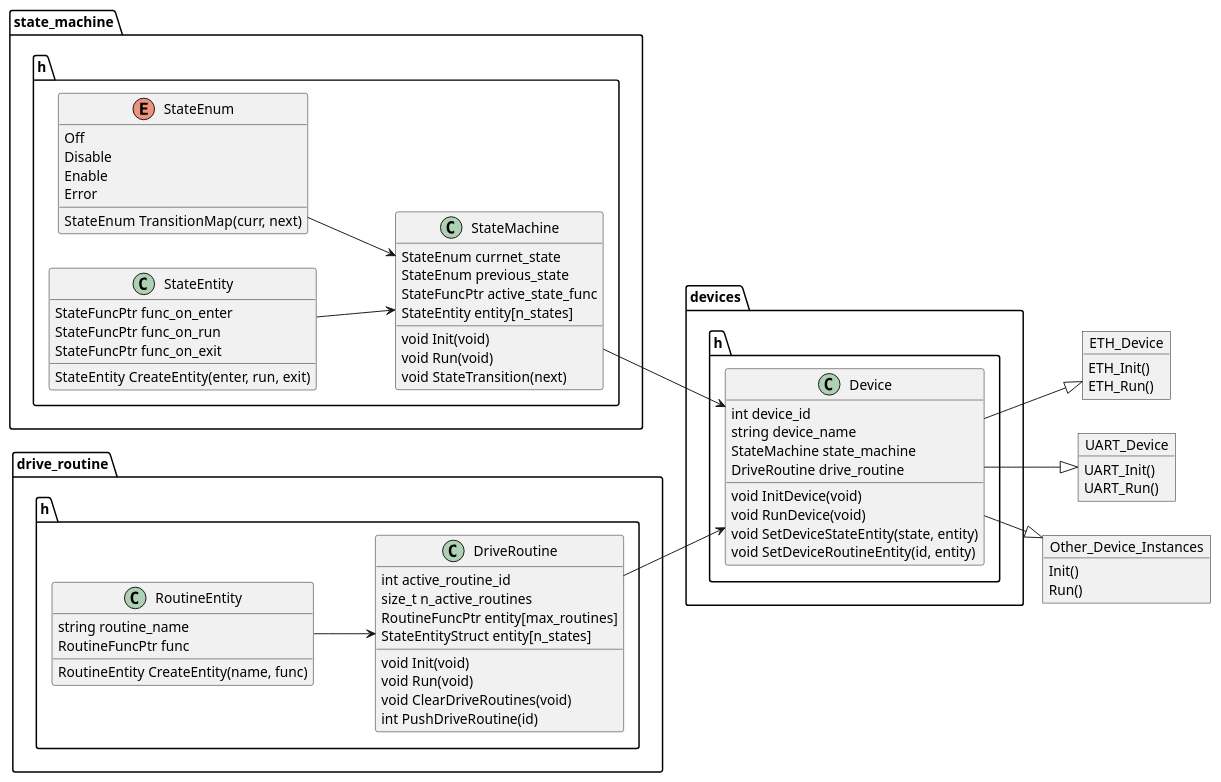
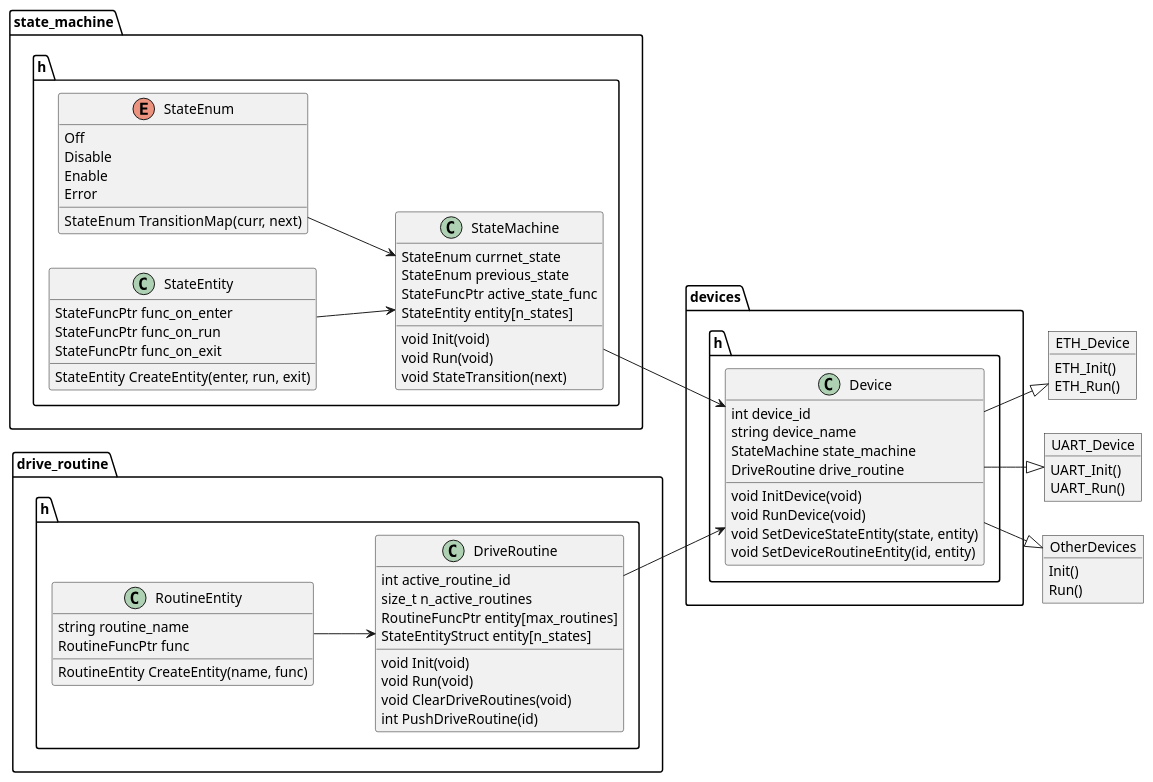
One commit to cv5006/mddu_pattern_test changed the diagram in mddu.puml. Above: the diagram before and after it, drawn with PlantUML.

Commit message:
Rename object

```diff
--- a/mddu.puml
+++ b/mddu.puml
@@ -1,99 +1,99 @@
 @startuml
 left to right direction
 
 '*--- State Machine ---*
 namespace state_machine.h{
 enum StateEnum {
     Off
     Disable
     Enable
     Error
     StateEnum TransitionMap(curr, next)
 }
 
 class StateEntity {
     StateFuncPtr func_on_enter
     StateFuncPtr func_on_run
     StateFuncPtr func_on_exit
     StateEntity CreateEntity(enter, run, exit)
 }
 
 class StateMachine {
     StateEnum currnet_state
     StateEnum previous_state
     StateFuncPtr active_state_func
     StateEntity entity[n_states]
     void Init(void)
     void Run(void)
     void StateTransition(next)
 }
 ' StateMachine <-- StateEnum
 ' StateMachine <-- StateEntity
 StateEnum   --> StateMachine
 StateEntity --> StateMachine
 }
 
 
 '*--- Drive Routine ---*
 namespace drive_routine.h{
 class RoutineEntity {
     string routine_name
     RoutineFuncPtr func
     RoutineEntity CreateEntity(name, func)
 }
 
 class DriveRoutine {
     int active_routine_id
     size_t n_active_routines
     RoutineFuncPtr entity[max_routines]
     StateEntityStruct entity[n_states]
     void Init(void)
     void Run(void)
     void ClearDriveRoutines(void)
     int PushDriveRoutine(id)
 }
 
 ' DriveRoutine <-- RoutineEntity
 RoutineEntity --> DriveRoutine
 }
 
 
 '*--- Device ---*
 namespace devices.h{
 class Device {
     int device_id
     string device_name
     StateMachine state_machine
     DriveRoutine drive_routine
     void InitDevice(void)
     void RunDevice(void)
     void SetDeviceStateEntity(state, entity)
     void SetDeviceRoutineEntity(id, entity)
 }
 
 ' Device <-- state_machine.h.StateMachine
 ' Device <-- drive_routine.h.DriveRoutine
 state_machine.h.StateMachine --> Device
 drive_routine.h.DriveRoutine --> Device
 }
 
 
 '*--- Device Instance ---*
 object ETH_Device {
     ETH_Init()
     ETH_Run()
 }
 object UART_Device {
     UART_Init()
     UART_Run()
 }
-object Other_Device_Instances {
+object OtherDevices {
     Init()
     Run()
 }
 
 devices.h.Device --|> ETH_Device
 devices.h.Device --|> UART_Device
-devices.h.Device --|> Other_Device_Instances
+devices.h.Device --|> OtherDevices
 
 @enduml
```
